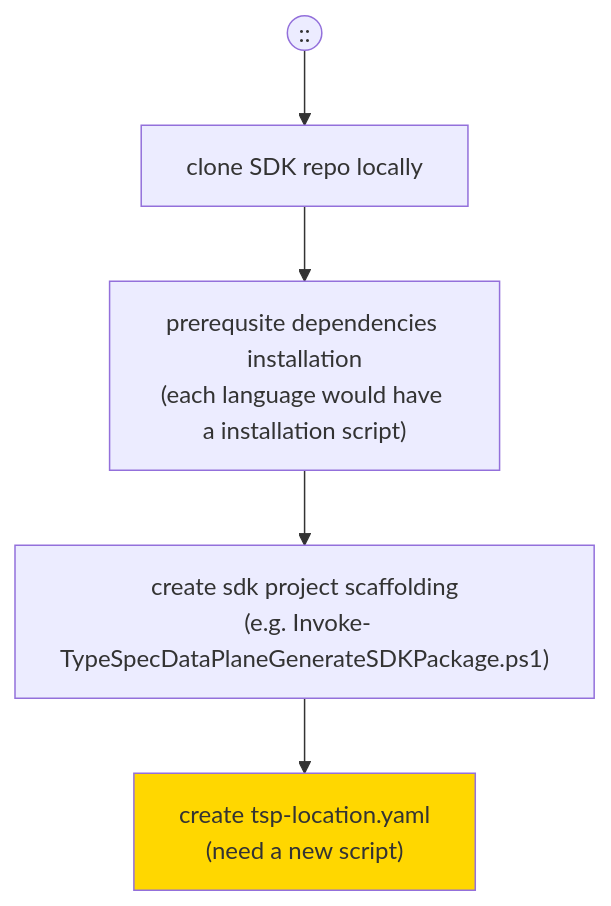
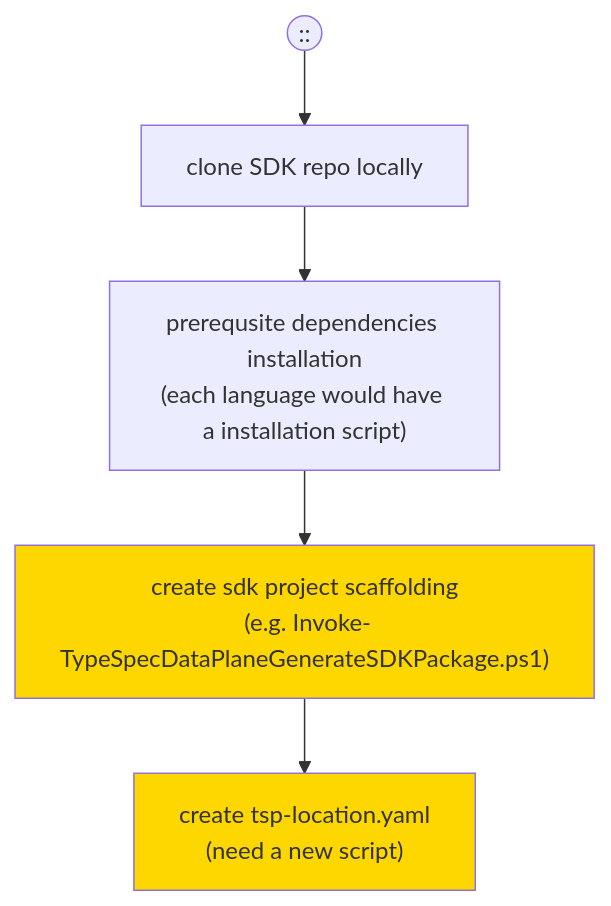
One commit to Azure/azure-rest-api-specs changed the second of 4 diagrams in documentation/typespec-end-to-end-scenarios.md. Above: the diagram before and after it, drawn with Mermaid. The commit also changed other lines of this file, not shown here.

````diff
--- a/documentation/typespec-end-to-end-scenarios.md
+++ b/documentation/typespec-end-to-end-scenarios.md
@@ -40,13 +39,13 @@
 ```mermaid
 flowchart TD
 classDef highlight fill:#ffd700
 User((::))-->A
 A["clone SDK repo locally"] --> B
 B["prerequsite dependencies installation
 (each language would have a installation script)"] --> C
 C["create sdk project scaffolding
  (e.g. Invoke-TypeSpecDataPlaneGenerateSDKPackage.ps1)"] --> D
  D["create tsp-location.yaml
  (need a new script)"]
- class D highlight
+ class C,D highlight
 ```
````
